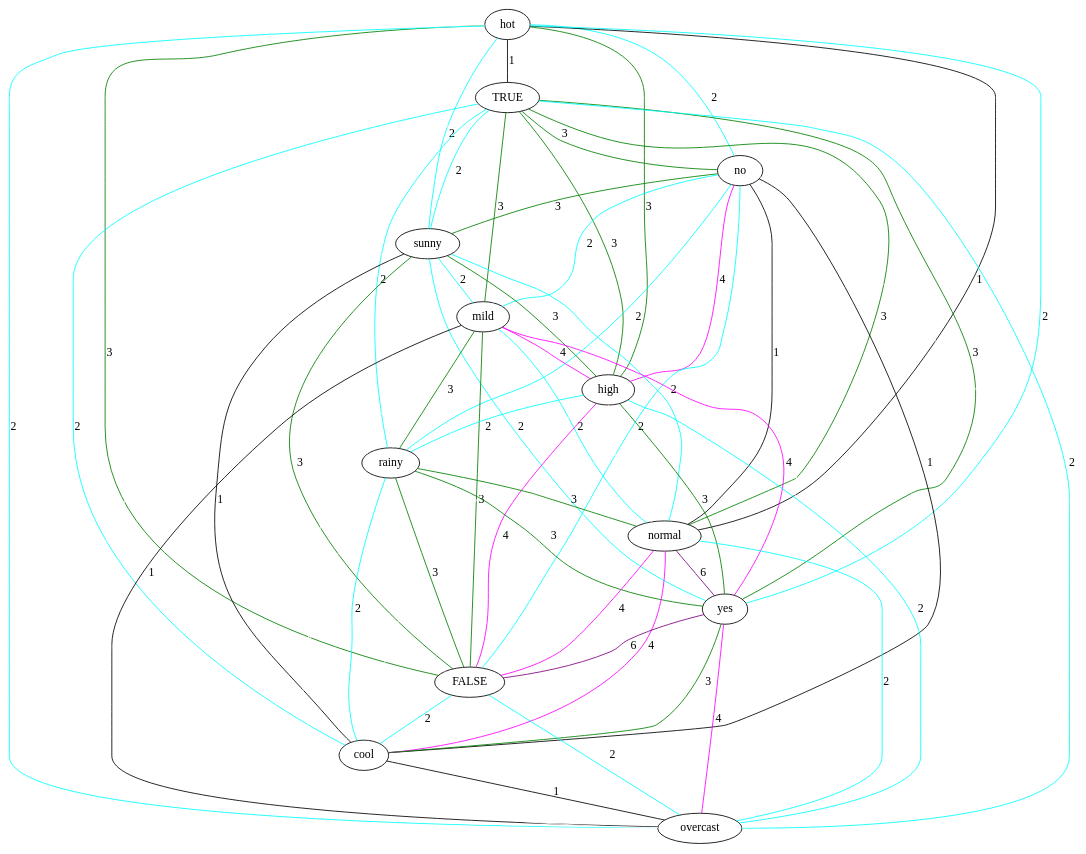
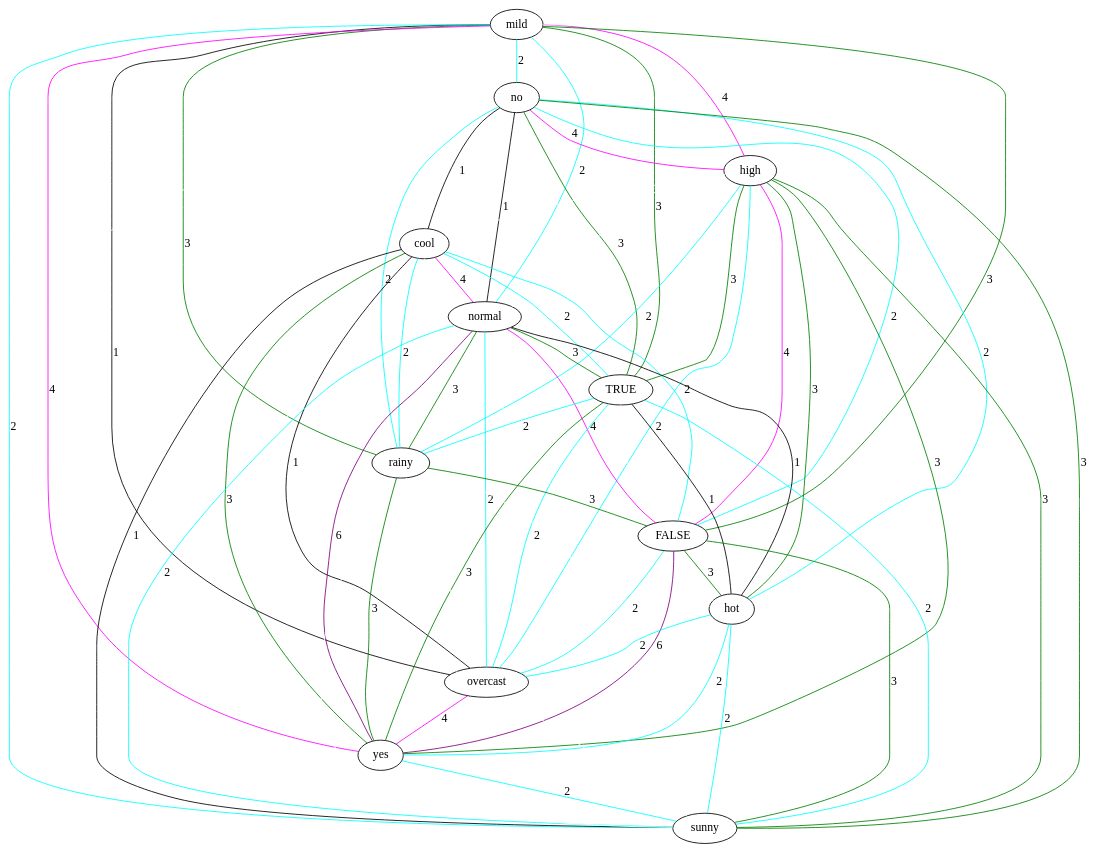
Before and after one commit to lrodrin/TFG: the diagram in src/final/linearGraph.dot, drawn with Graphviz. The commit also changed 10 other files, not shown here.

Commit message:
nova funció que engloba les dues funcions graphOptions i 2structureOptions. Amb dues crides a Graphviz, una pel graf i l'altre per a la 2-structura + proves

```diff
--- a/src/final/linearGraph.dot
+++ b/src/final/linearGraph.dot
@@ -1,80 +1,80 @@
 strict graph "" {
+mild;
+no;
+high;
+cool;
+normal;
+TRUE;
+rainy;
+FALSE;
 hot;
-TRUE;
-no;
+overcast;
+yes;
 sunny;
-mild;
-high;
-rainy;
-normal;
-yes;
-FALSE;
-cool;
-overcast;
-hot -- FALSE  [color=green, label=3];
-hot -- overcast  [color=cyan, label=2];
-hot -- TRUE  [color=black, label=1];
-hot -- no  [color=cyan, label=2];
-hot -- normal  [color=black, label=1];
-hot -- yes  [color=cyan, label=2];
-hot -- sunny  [color=cyan, label=2];
-hot -- mild  [color=white];
-hot -- high  [color=green, label=3];
-hot -- rainy  [color=white];
-hot -- cool  [color=white];
+mild -- FALSE  [color=green, label=3];
+mild -- hot  [color=white];
+mild -- no  [color=cyan, label=2];
+mild -- high  [color=magenta, label=4];
+mild -- cool  [color=white];
+mild -- normal  [color=cyan, label=2];
+mild -- TRUE  [color=green, label=3];
+mild -- yes  [color=magenta, label=4];
+mild -- rainy  [color=green, label=3];
+mild -- overcast  [color=black, label=1];
+mild -- sunny  [color=cyan, label=2];
+no -- FALSE  [color=cyan, label=2];
+no -- high  [color=magenta, label=4];
+no -- cool  [color=black, label=1];
+no -- normal  [color=black, label=1];
+no -- TRUE  [color=green, label=3];
+no -- yes  [color=white];
+no -- rainy  [color=cyan, label=2];
+no -- overcast  [color=white];
+no -- hot  [color=cyan, label=2];
+no -- sunny  [color=green, label=3];
+high -- FALSE  [color=magenta, label=4];
+high -- overcast  [color=cyan, label=2];
+high -- cool  [color=white];
+high -- normal  [color=white];
+high -- TRUE  [color=green, label=3];
+high -- yes  [color=green, label=3];
+high -- rainy  [color=cyan, label=2];
+high -- hot  [color=green, label=3];
+high -- sunny  [color=green, label=3];
+cool -- FALSE  [color=cyan, label=2];
+cool -- hot  [color=white];
+cool -- normal  [color=magenta, label=4];
+cool -- TRUE  [color=cyan, label=2];
+cool -- yes  [color=green, label=3];
+cool -- rainy  [color=cyan, label=2];
+cool -- overcast  [color=black, label=1];
+cool -- sunny  [color=black, label=1];
+normal -- FALSE  [color=magenta, label=4];
+normal -- TRUE  [color=green, label=3];
+normal -- yes  [color=purple, label=6];
+normal -- rainy  [color=green, label=3];
+normal -- overcast  [color=cyan, label=2];
+normal -- hot  [color=black, label=1];
+normal -- sunny  [color=cyan, label=2];
 TRUE -- FALSE  [color=white];
 TRUE -- overcast  [color=cyan, label=2];
-TRUE -- normal  [color=green, label=3];
-TRUE -- no  [color=green, label=3];
 TRUE -- yes  [color=green, label=3];
+TRUE -- rainy  [color=cyan, label=2];
+TRUE -- hot  [color=black, label=1];
 TRUE -- sunny  [color=cyan, label=2];
-TRUE -- mild  [color=green, label=3];
-TRUE -- high  [color=green, label=3];
-TRUE -- rainy  [color=cyan, label=2];
-TRUE -- cool  [color=cyan, label=2];
-no -- FALSE  [color=cyan, label=2];
-no -- overcast  [color=white];
-no -- normal  [color=black, label=1];
-no -- yes  [color=white];
-no -- sunny  [color=green, label=3];
-no -- mild  [color=cyan, label=2];
-no -- high  [color=magenta, label=4];
-no -- rainy  [color=cyan, label=2];
-no -- cool  [color=black, label=1];
-sunny -- FALSE  [color=green, label=3];
-sunny -- overcast  [color=white];
-sunny -- normal  [color=cyan, label=2];
-sunny -- yes  [color=cyan, label=2];
-sunny -- mild  [color=cyan, label=2];
-sunny -- high  [color=green, label=3];
-sunny -- rainy  [color=white];
-sunny -- cool  [color=black, label=1];
-mild -- overcast  [color=black, label=1];
-mild -- normal  [color=cyan, label=2];
-mild -- yes  [color=magenta, label=4];
-mild -- FALSE  [color=green, label=3];
-mild -- high  [color=magenta, label=4];
-mild -- rainy  [color=green, label=3];
-mild -- cool  [color=white];
-high -- FALSE  [color=magenta, label=4];
-high -- overcast  [color=cyan, label=2];
-high -- normal  [color=white];
-high -- yes  [color=green, label=3];
-high -- rainy  [color=cyan, label=2];
-high -- cool  [color=white];
 rainy -- FALSE  [color=green, label=3];
-rainy -- normal  [color=green, label=3];
 rainy -- yes  [color=green, label=3];
-rainy -- cool  [color=cyan, label=2];
 rainy -- overcast  [color=white];
-normal -- FALSE  [color=magenta, label=4];
-normal -- overcast  [color=cyan, label=2];
-normal -- yes  [color=purple, label=6];
-normal -- cool  [color=magenta, label=4];
-yes -- FALSE  [color=purple, label=6];
-yes -- overcast  [color=magenta, label=4];
-yes -- cool  [color=green, label=3];
+rainy -- hot  [color=white];
+rainy -- sunny  [color=white];
 FALSE -- overcast  [color=cyan, label=2];
-FALSE -- cool  [color=cyan, label=2];
-cool -- overcast  [color=black, label=1];
+FALSE -- yes  [color=purple, label=6];
+FALSE -- hot  [color=green, label=3];
+FALSE -- sunny  [color=green, label=3];
+hot -- yes  [color=cyan, label=2];
+hot -- overcast  [color=cyan, label=2];
+hot -- sunny  [color=cyan, label=2];
+overcast -- yes  [color=magenta, label=4];
+overcast -- sunny  [color=white];
+yes -- sunny  [color=cyan, label=2];
 }
```
